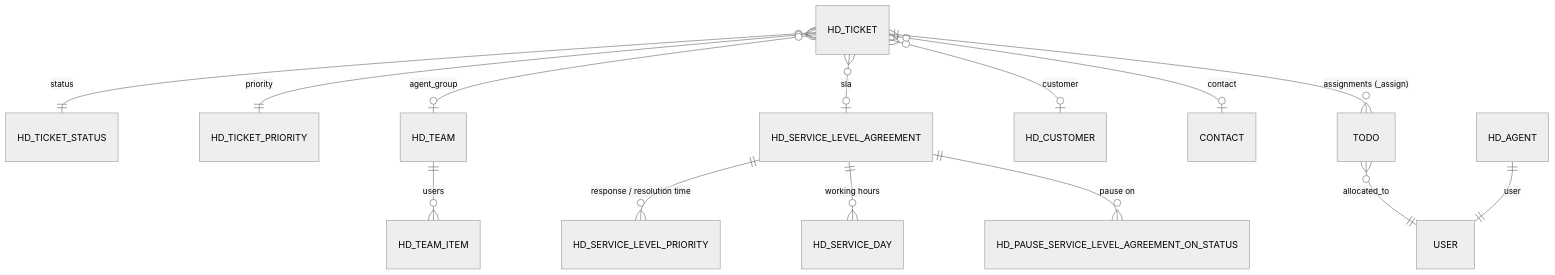
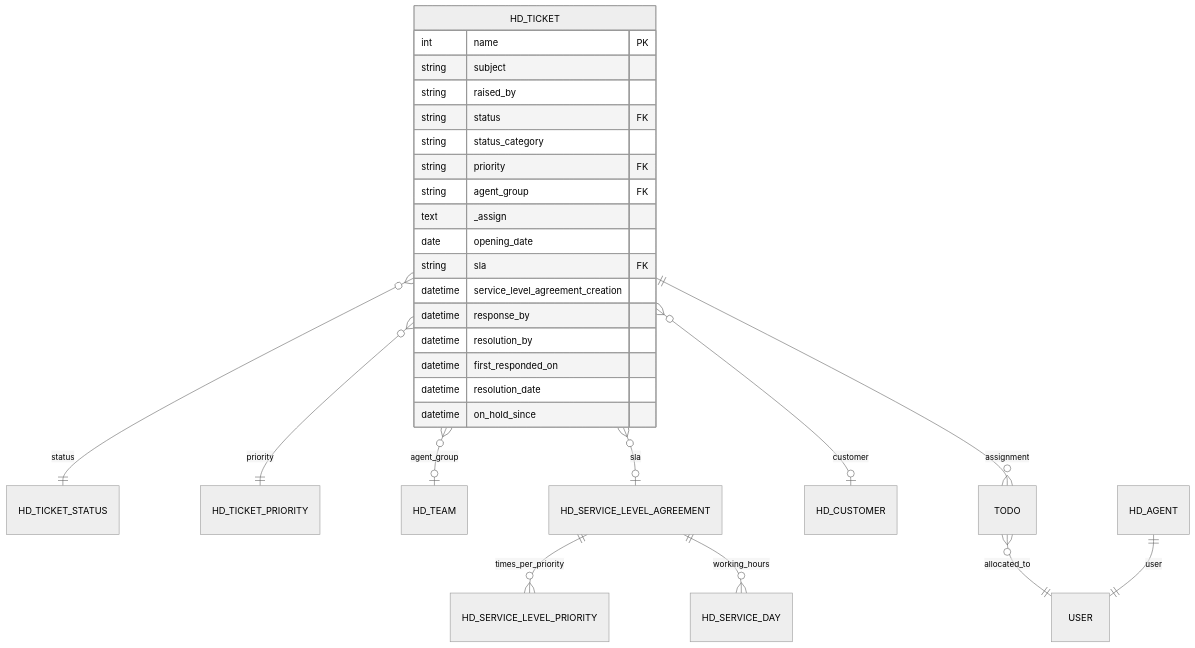
Before and after one commit to suji2826/s-frappe-helpdesk: the second of 5 diagrams in README.md, drawn with Mermaid (neutral theme). The commit also changed other lines of this file, not shown here.

````diff
--- a/README.md
+++ b/README.md
@@ -159,16 +118,32 @@
 ```mermaid
 erDiagram
-    HD_TICKET }o--|| HD_TICKET_STATUS : "status"
-    HD_TICKET }o--|| HD_TICKET_PRIORITY : "priority"
-    HD_TICKET }o--o| HD_TEAM : "agent_group"
-    HD_TICKET }o--o| HD_SERVICE_LEVEL_AGREEMENT : "sla"
-    HD_TICKET }o--o| HD_CUSTOMER : "customer"
-    HD_TICKET }o--o| CONTACT : "contact"
-    HD_TICKET ||--o{ TODO : "assignments (_assign)"
-    TODO }o--|| USER : "allocated_to"
-    HD_TEAM ||--o{ HD_TEAM_ITEM : "users"
-    HD_AGENT ||--|| USER : "user"
-    HD_SERVICE_LEVEL_AGREEMENT ||--o{ HD_SERVICE_LEVEL_PRIORITY : "response / resolution time"
-    HD_SERVICE_LEVEL_AGREEMENT ||--o{ HD_SERVICE_DAY : "working hours"
-    HD_SERVICE_LEVEL_AGREEMENT ||--o{ HD_PAUSE_SERVICE_LEVEL_AGREEMENT_ON_STATUS : "pause on"
+    HD_TICKET }o--|| HD_TICKET_STATUS : status
+    HD_TICKET }o--|| HD_TICKET_PRIORITY : priority
+    HD_TICKET }o--o| HD_TEAM : agent_group
+    HD_TICKET }o--o| HD_SERVICE_LEVEL_AGREEMENT : sla
+    HD_TICKET }o--o| HD_CUSTOMER : customer
+    HD_TICKET ||--o{ TODO : assignment
+    TODO }o--|| USER : allocated_to
+    HD_AGENT ||--|| USER : user
+    HD_SERVICE_LEVEL_AGREEMENT ||--o{ HD_SERVICE_LEVEL_PRIORITY : times_per_priority
+    HD_SERVICE_LEVEL_AGREEMENT ||--o{ HD_SERVICE_DAY : working_hours
+
+    HD_TICKET {
+        int name PK
+        string subject
+        string raised_by
+        string status FK
+        string status_category
+        string priority FK
+        string agent_group FK
+        text _assign
+        date opening_date
+        string sla FK
+        datetime service_level_agreement_creation
+        datetime response_by
+        datetime resolution_by
+        datetime first_responded_on
+        datetime resolution_date
+        datetime on_hold_since
+    }
 ```
````
